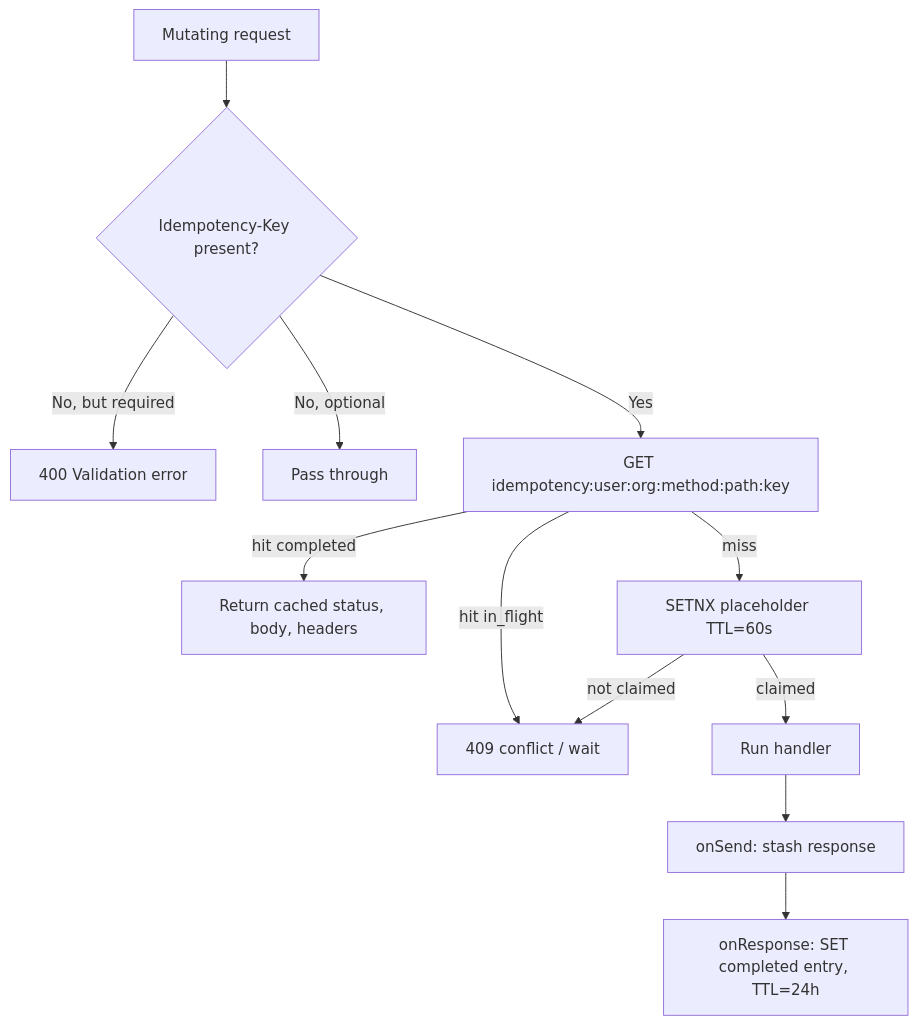
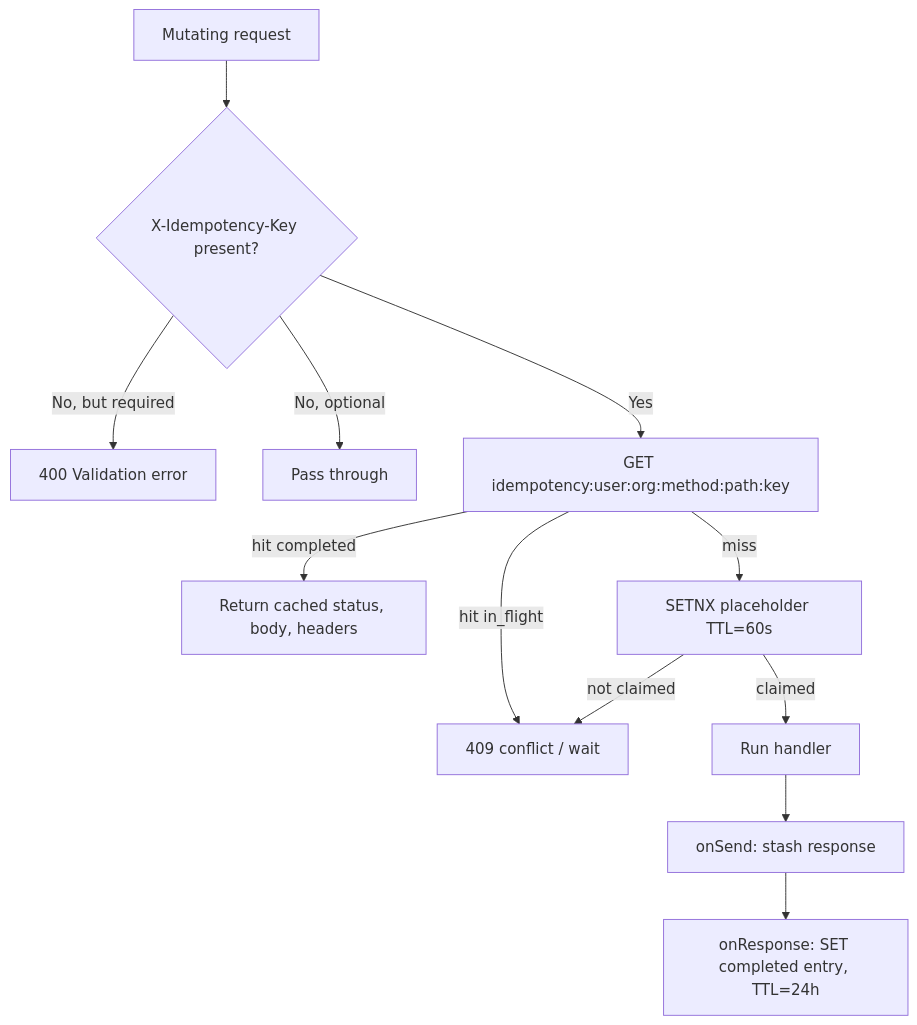
One commit to nikunjmavani/core-be changed the second of 3 diagrams in src/PATTERNS.md. Above: the diagram before and after it, drawn with Mermaid. The commit also changed other lines of this file and 59 other files, not shown here.

````diff
--- a/src/PATTERNS.md
+++ b/src/PATTERNS.md
@@ -87,14 +87,14 @@
 ```mermaid
 flowchart TD
-    A[Mutating request] --> B{Idempotency-Key present?}
+    A[Mutating request] --> B{X-Idempotency-Key present?}
     B -- No, but required --> R[400 Validation error]
     B -- No, optional --> X[Pass through]
     B -- Yes --> C[GET idempotency:user:org:method:path:key]
     C -- hit completed --> D[Return cached status, body, headers]
     C -- hit in_flight --> E[409 conflict / wait]
     C -- miss --> F[SETNX placeholder TTL=60s]
     F -- claimed --> G[Run handler]
     G --> H[onSend: stash response]
     H --> I[onResponse: SET completed entry, TTL=24h]
     F -- not claimed --> E
 ```
````
